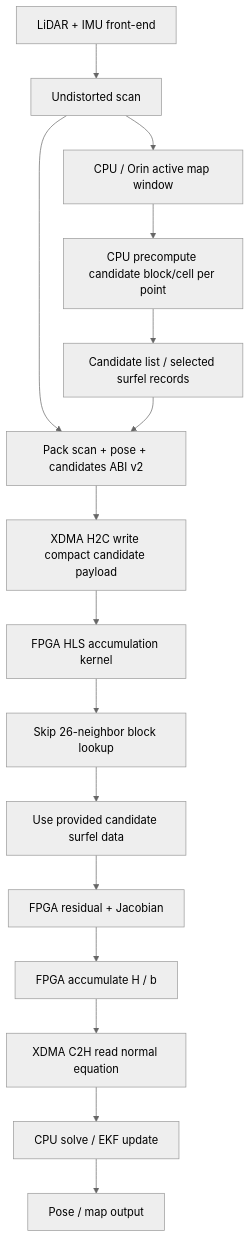
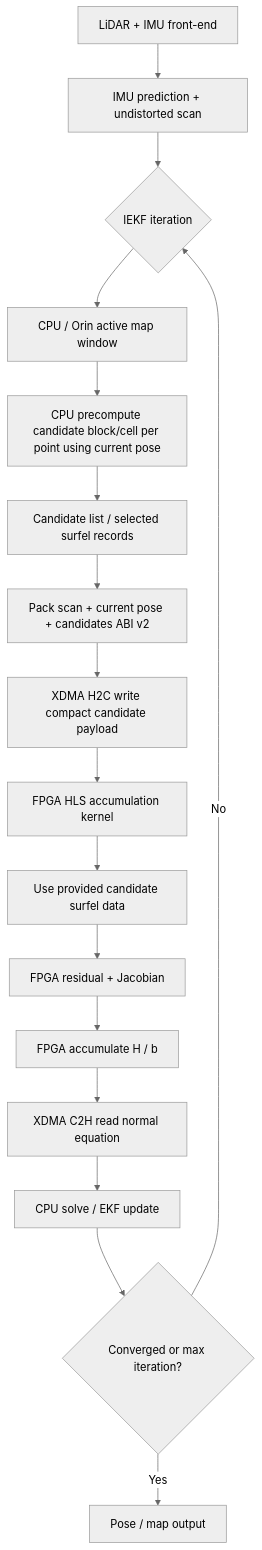
Before and after one commit to cgwmyqc/lightning-lm-acc: the fifth of 5 diagrams in Lightning_LM_Algorithm_Flow_Comparison.md, drawn with Mermaid (neutral theme). The commit also changed other lines of this file and 1 other file, not shown here.

Commit message:
汇总当前几版软件的算法流程图。

````diff
--- a/Lightning_LM_Algorithm_Flow_Comparison.md
+++ b/Lightning_LM_Algorithm_Flow_Comparison.md
@@ -197,18 +199,19 @@
 ```mermaid
 flowchart TD
-    A[LiDAR + IMU front-end] --> B[Undistorted scan]
-    B --> C[CPU / Orin active map window]
-    C --> D[CPU precompute candidate block/cell per point]
-    D --> E[Candidate list / selected surfel records]
-    B --> F[Pack scan + pose + candidates ABI v2]
-    E --> F
-    F --> G[XDMA H2C write compact candidate payload]
-    G --> H[FPGA HLS accumulation kernel]
-    H --> I[Skip 26-neighbor block lookup]
+    A[LiDAR + IMU front-end] --> B[IMU prediction + undistorted scan]
+    B --> C{IEKF iteration}
+    C --> D[CPU / Orin active map window]
+    D --> E[CPU precompute candidate block/cell per point using current pose]
+    E --> F[Candidate list / selected surfel records]
+    F --> G[Pack scan + current pose + candidates ABI v2]
+    G --> H[XDMA H2C write compact candidate payload]
+    H --> I[FPGA HLS accumulation kernel]
     I --> J[Use provided candidate surfel data]
     J --> K[FPGA residual + Jacobian]
     K --> L[FPGA accumulate H / b]
     L --> M[XDMA C2H read normal equation]
     M --> N[CPU solve / EKF update]
-    N --> O[Pose / map output]
+    N --> O{Converged or max iteration?}
+    O -- No --> C
+    O -- Yes --> P[Pose / map output]
 ```
````
